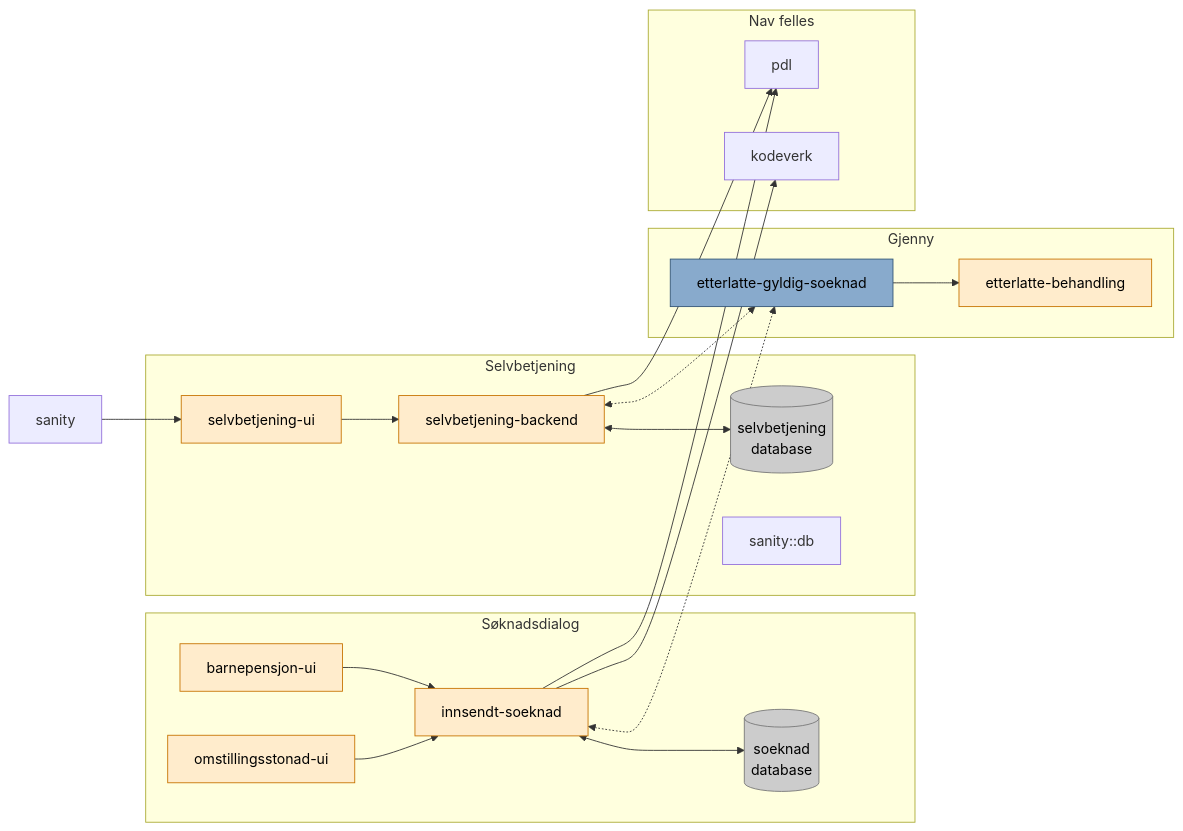
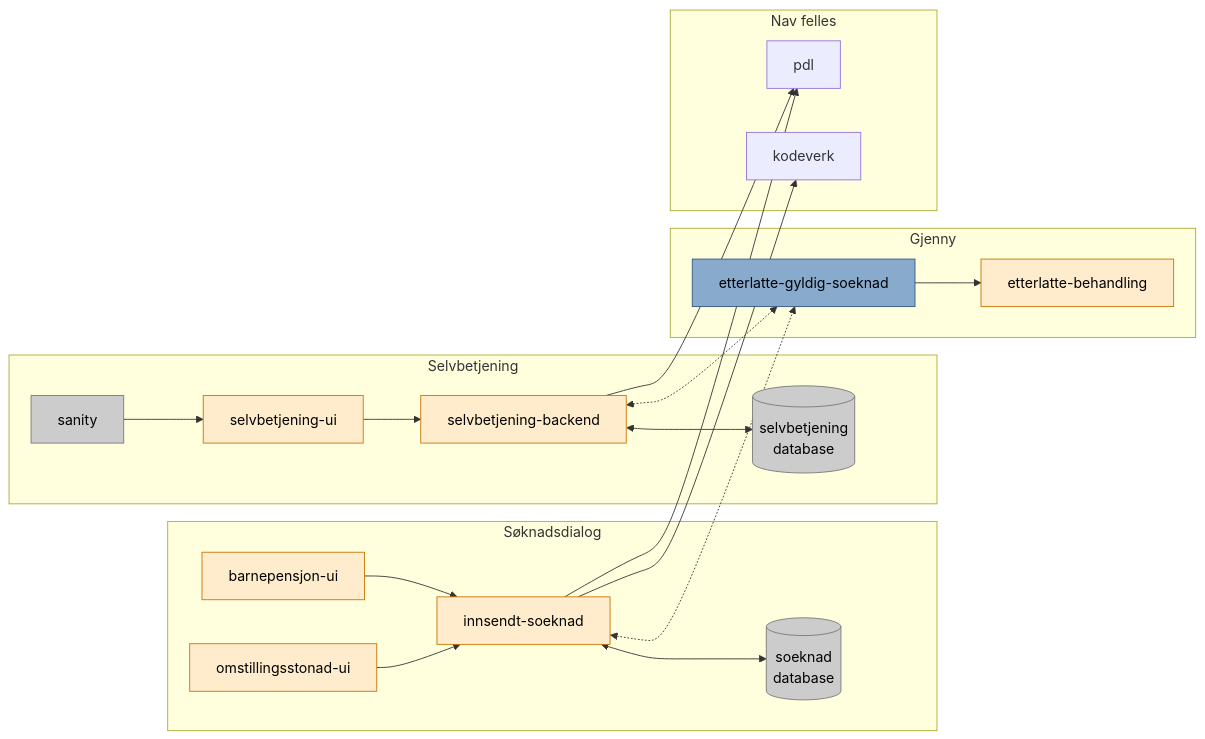
One commit to navikt/pensjon-etterlatte changed the diagram in README.md. Above: the diagram before and after it, drawn with Mermaid.

````diff
--- a/README.md
+++ b/README.md
@@ -29,48 +29,48 @@
 ```mermaid
 flowchart LR
 
 classDef app fill:#ffeccc,color:#000,stroke:#c77300
 classDef river fill:#88AACC,color:#000,stroke:#335577
 classDef db fill:#ccc,color:#000,stroke:#777
 classDef text fill:none,color:#ddd
 
 barnepensjon-ui --> innsendt-soeknad
 omstillingsstonad-ui --> innsendt-soeknad
 selvbetjening-ui --> selvbetjening-backend
 sanity --> selvbetjening-ui
 
 selvbetjening-backend --> pdl
 selvbetjening-backend <--> selvbetjening-backend-v2[(selvbetjening <br/> database)]
 selvbetjening-backend <-.-> etterlatte-gyldig-soeknad
 
 innsendt-soeknad <-.-> etterlatte-gyldig-soeknad
 etterlatte-gyldig-soeknad --> etterlatte-behandling
 
 innsendt-soeknad --> pdl
 innsendt-soeknad --> kodeverk
 innsendt-soeknad <--> innsendt-soeknad-v2[(soeknad <br/> database)]
 
 subgraph frontend["Søknadsdialog"]
     barnepensjon-ui:::app
     omstillingsstonad-ui:::app
     innsendt-soeknad:::app
     innsendt-soeknad-v2:::db
 end
 
 subgraph selvbetjening["Selvbetjening"]
     selvbetjening-ui:::app
     selvbetjening-backend:::app
     selvbetjening-backend-v2:::db
-    sanity::db
+    sanity:::db
 end
 
 subgraph gjenny["Gjenny"]
     etterlatte-gyldig-soeknad:::river
     etterlatte-behandling:::app
 end
 
 subgraph ekstern["Nav felles"]
     kodeverk
     pdl
 end
 ```
````
